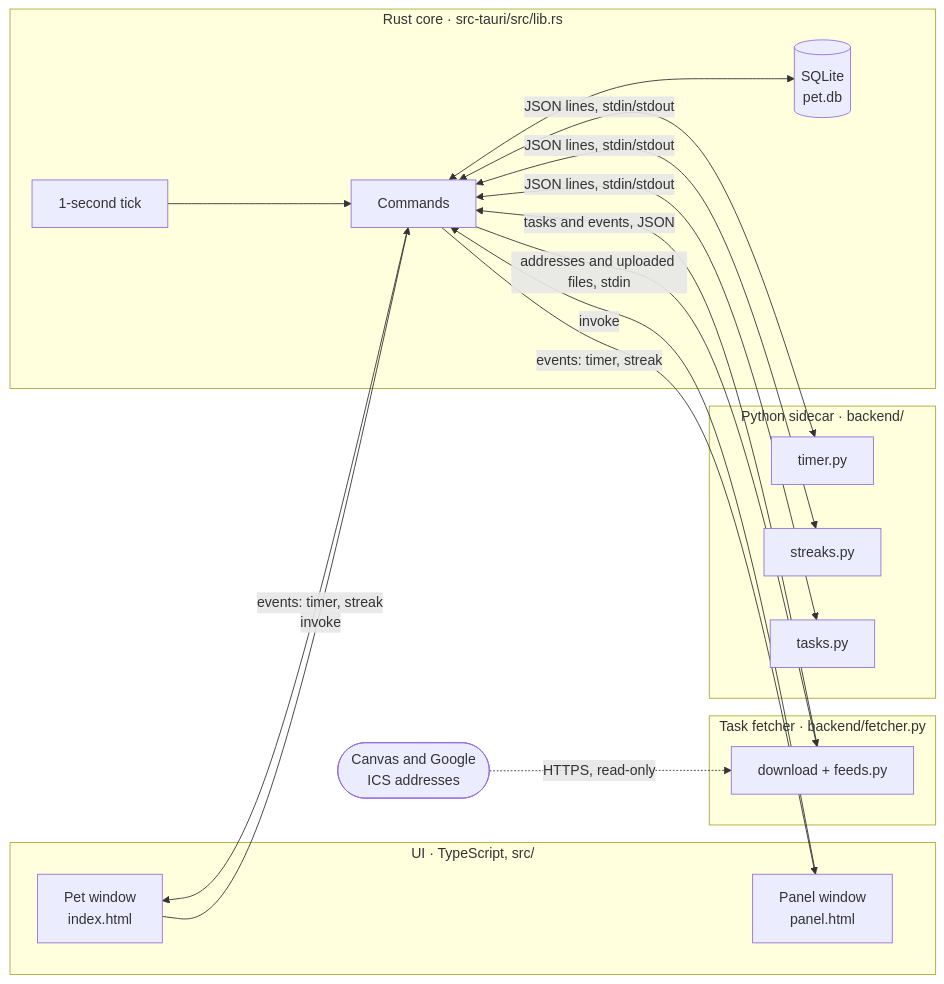
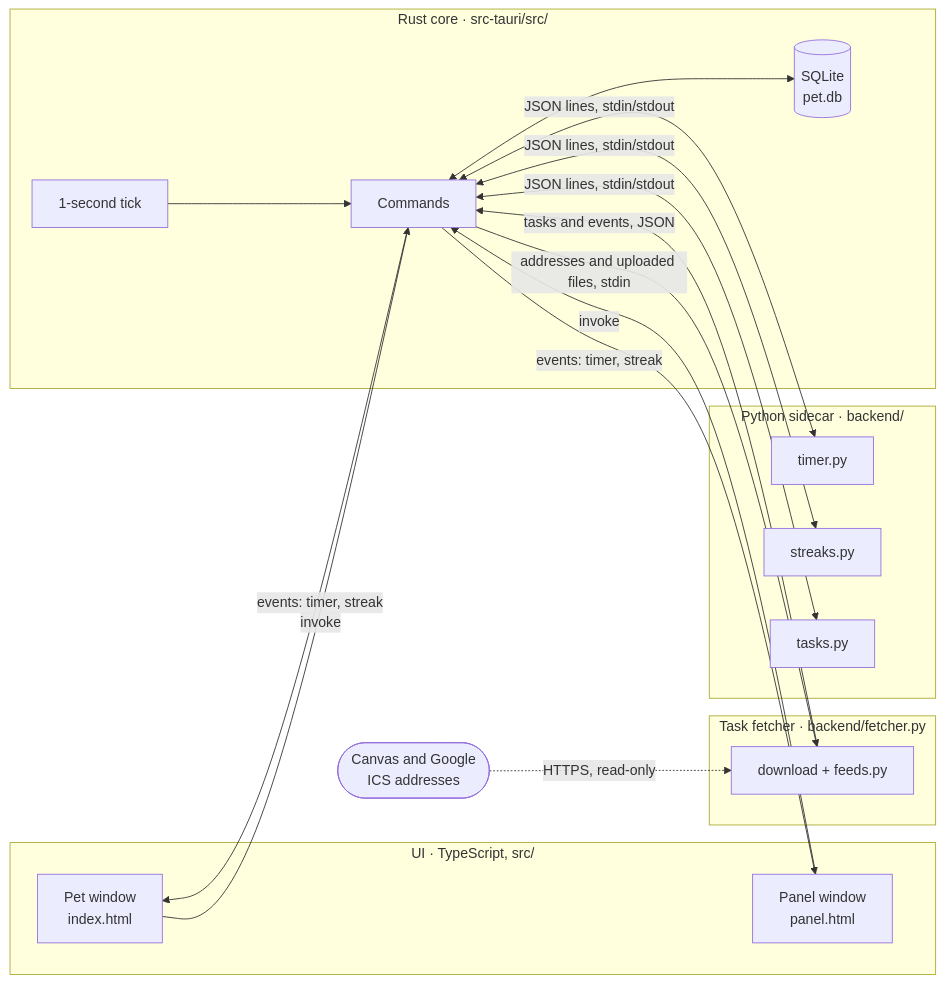
The first of 4 diagrams in docs/ARCHITECTURE.md (victornguyen7/Study-Pet), drawn with Mermaid before and after one commit. The commit also changed other lines of this file and 18 other files, not shown here.

````diff
--- a/docs/ARCHITECTURE.md
+++ b/docs/ARCHITECTURE.md
@@ -11,33 +11,33 @@
 ```mermaid
 flowchart LR
     subgraph UI["UI · TypeScript, src/"]
         PET["Pet window<br/>index.html"]
         PANEL["Panel window<br/>panel.html"]
     end
-    subgraph CORE["Rust core · src-tauri/src/lib.rs"]
+    subgraph CORE["Rust core · src-tauri/src/"]
         CMD["Commands"]
         TICK["1-second tick"]
         DB[("SQLite<br/>pet.db")]
     end
     subgraph PY["Python sidecar · backend/"]
         TIMER["timer.py"]
         STREAK["streaks.py"]
         TASKS["tasks.py"]
     end
     subgraph NET["Task fetcher · backend/fetcher.py"]
         FETCH["download + feeds.py"]
     end
     ICS(["Canvas and Google<br/>ICS addresses"])
     PET -->|invoke| CMD
     PANEL -->|invoke| CMD
     CMD -->|"events: timer, streak"| PET
     CMD -->|"events: timer, streak"| PANEL
     CMD <--> DB
     TICK --> CMD
     CMD <-->|"JSON lines, stdin/stdout"| TIMER
     CMD <-->|"JSON lines, stdin/stdout"| STREAK
     CMD <-->|"JSON lines, stdin/stdout"| TASKS
     CMD -->|"addresses and uploaded files, stdin"| FETCH
     FETCH -->|"tasks and events, JSON"| CMD
     ICS -.->|"HTTPS, read-only"| FETCH
 ```
````
